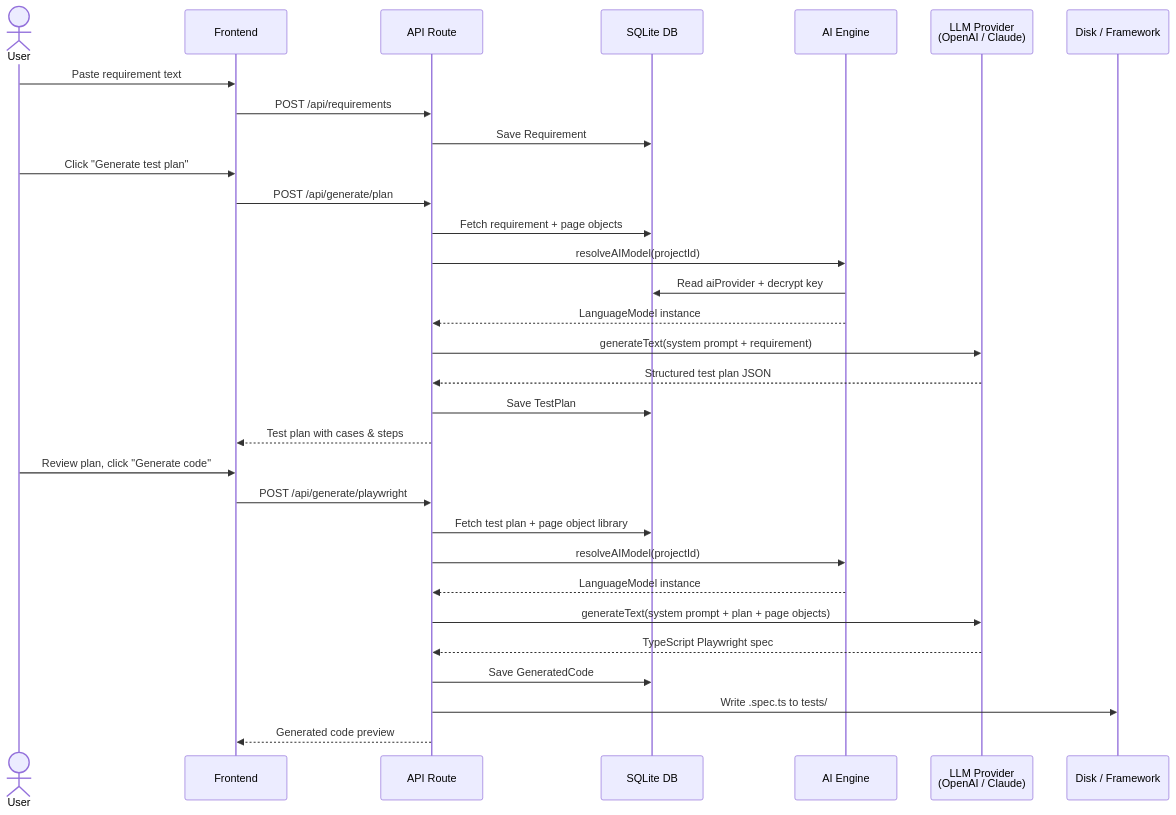
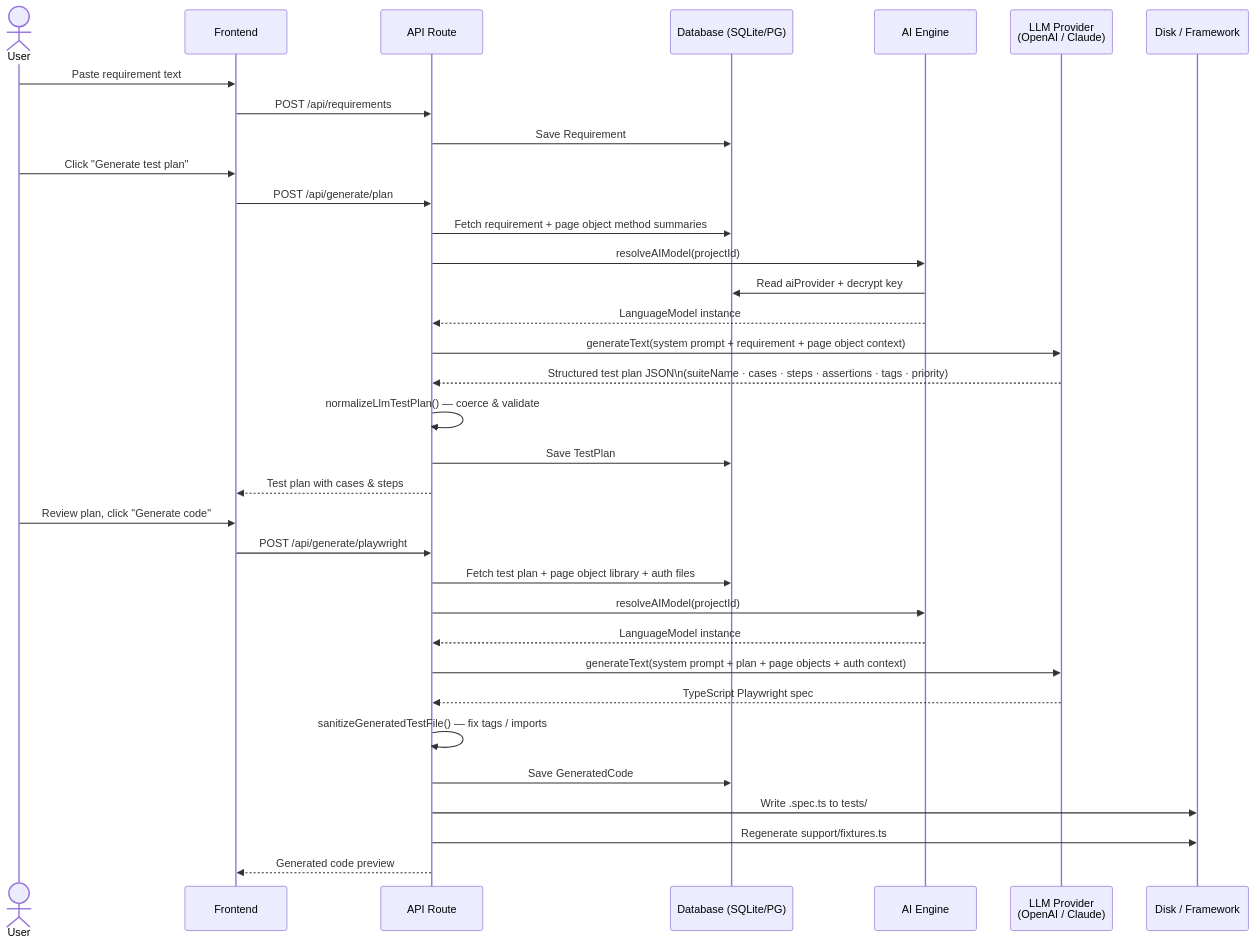
Before and after one commit to jagadeeshqtsolv/automation-ai-platform: the fourth of 9 diagrams in docs/ARCHITECTURE.md, drawn with Mermaid. The commit also changed other lines of this file, not shown here.

````diff
--- a/docs/ARCHITECTURE.md
+++ b/docs/ARCHITECTURE.md
@@ -249,36 +301,39 @@
 ```mermaid
 sequenceDiagram
     actor User
     participant UI as Frontend
     participant API as API Route
-    participant DB as SQLite DB
+    participant DB as Database (SQLite/PG)
     participant AI as AI Engine
     participant LLM as LLM Provider<br/>(OpenAI / Claude)
     participant FS as Disk / Framework
 
     User->>UI: Paste requirement text
     UI->>API: POST /api/requirements
     API->>DB: Save Requirement
 
     User->>UI: Click "Generate test plan"
     UI->>API: POST /api/generate/plan
-    API->>DB: Fetch requirement + page objects
+    API->>DB: Fetch requirement + page object method summaries
     API->>AI: resolveAIModel(projectId)
     AI->>DB: Read aiProvider + decrypt key
     AI-->>API: LanguageModel instance
-    API->>LLM: generateText(system prompt + requirement)
-    LLM-->>API: Structured test plan JSON
+    API->>LLM: generateText(system prompt + requirement + page object context)
+    LLM-->>API: Structured test plan JSON\n(suiteName · cases · steps · assertions · tags · priority)
+    API->>API: normalizeLlmTestPlan() — coerce & validate
     API->>DB: Save TestPlan
     API-->>UI: Test plan with cases & steps
 
     User->>UI: Review plan, click "Generate code"
     UI->>API: POST /api/generate/playwright
-    API->>DB: Fetch test plan + page object library
+    API->>DB: Fetch test plan + page object library + auth files
     API->>AI: resolveAIModel(projectId)
     AI-->>API: LanguageModel instance
-    API->>LLM: generateText(system prompt + plan + page objects)
+    API->>LLM: generateText(system prompt + plan + page objects + auth context)
     LLM-->>API: TypeScript Playwright spec
+    API->>API: sanitizeGeneratedTestFile() — fix tags / imports
     API->>DB: Save GeneratedCode
     API->>FS: Write .spec.ts to tests/
+    API->>FS: Regenerate support/fixtures.ts
     API-->>UI: Generated code preview
 ```
````
